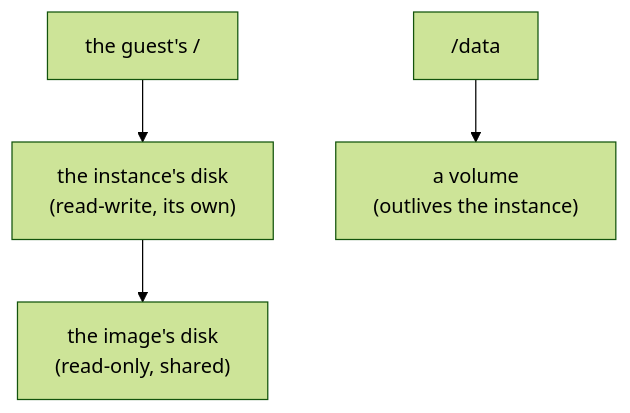
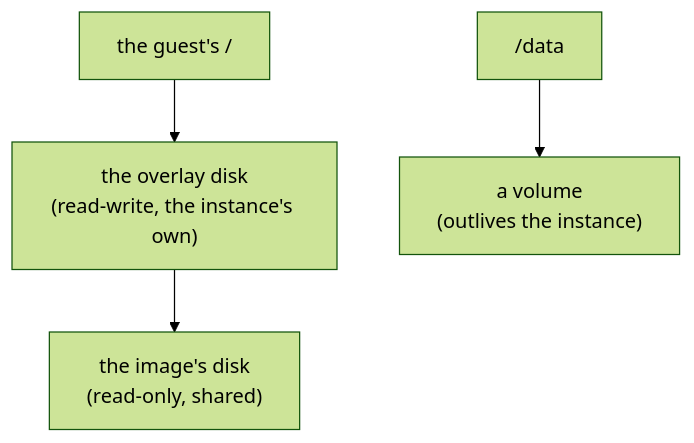
The diagram in docs/content/docs/concepts/storage.md (kazysgurskas/dicer), drawn with Mermaid (forest theme) before and after one commit. The commit also changed other lines of this file and 32 other files, not shown here.

````diff
--- a/docs/content/docs/concepts/storage.md
+++ b/docs/content/docs/concepts/storage.md
@@ -15,6 +15,6 @@
 ```mermaid
 flowchart TB
-  root["the guest's /"] --> overlay["the instance's disk<br/>(read-write, its own)"]
+  root["the guest's /"] --> overlay["the overlay disk<br/>(read-write, the instance's own)"]
   overlay --> image["the image's disk<br/>(read-only, shared)"]
   vol["/data"] --> volume["a volume<br/>(outlives the instance)"]
 ```
````
